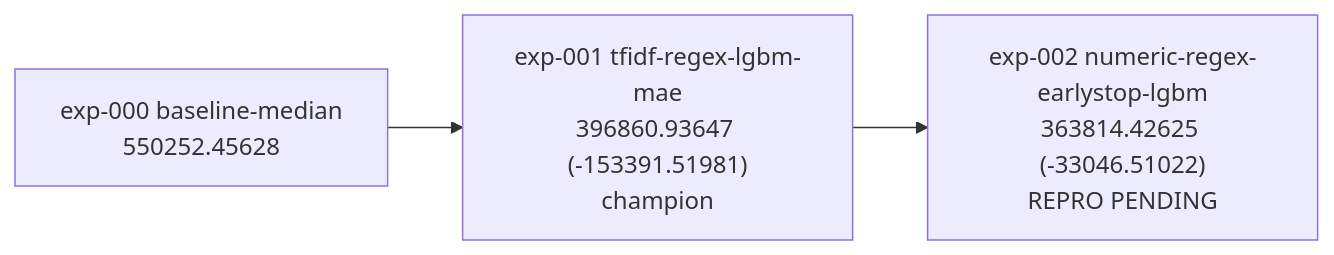
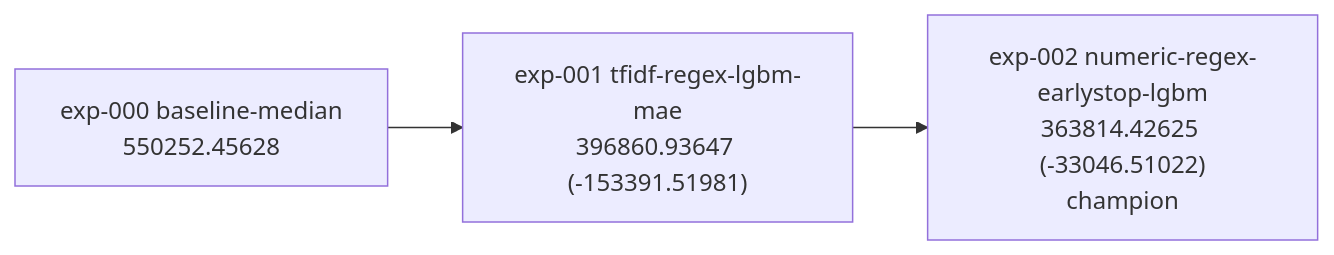
Before and after one commit to frederick-allensius/hology: the diagram in EXPERIMENTS.md, drawn with Mermaid. The commit also changed other lines of this file and 9 other files, not shown here.

First line of the commit message:
Promote exp-002 (numeric-magnitude regex + bigger TF-IDF + more LightGBM capacity) as champion

````diff
--- a/EXPERIMENTS.md
+++ b/EXPERIMENTS.md
@@ -13,8 +13,8 @@
 ```mermaid
 graph LR
   exp000["exp-000 baseline-median<br/>550252.45628"]
-  exp001["exp-001 tfidf-regex-lgbm-mae<br/>396860.93647 (-153391.51981)<br/>champion"]
-  exp002["exp-002 numeric-regex-earlystop-lgbm<br/>363814.42625 (-33046.51022)<br/>REPRO PENDING"]
+  exp001["exp-001 tfidf-regex-lgbm-mae<br/>396860.93647 (-153391.51981)"]
+  exp002["exp-002 numeric-regex-earlystop-lgbm<br/>363814.42625 (-33046.51022)<br/>champion"]
   exp000 --> exp001
   exp001 --> exp002
 ```
````
